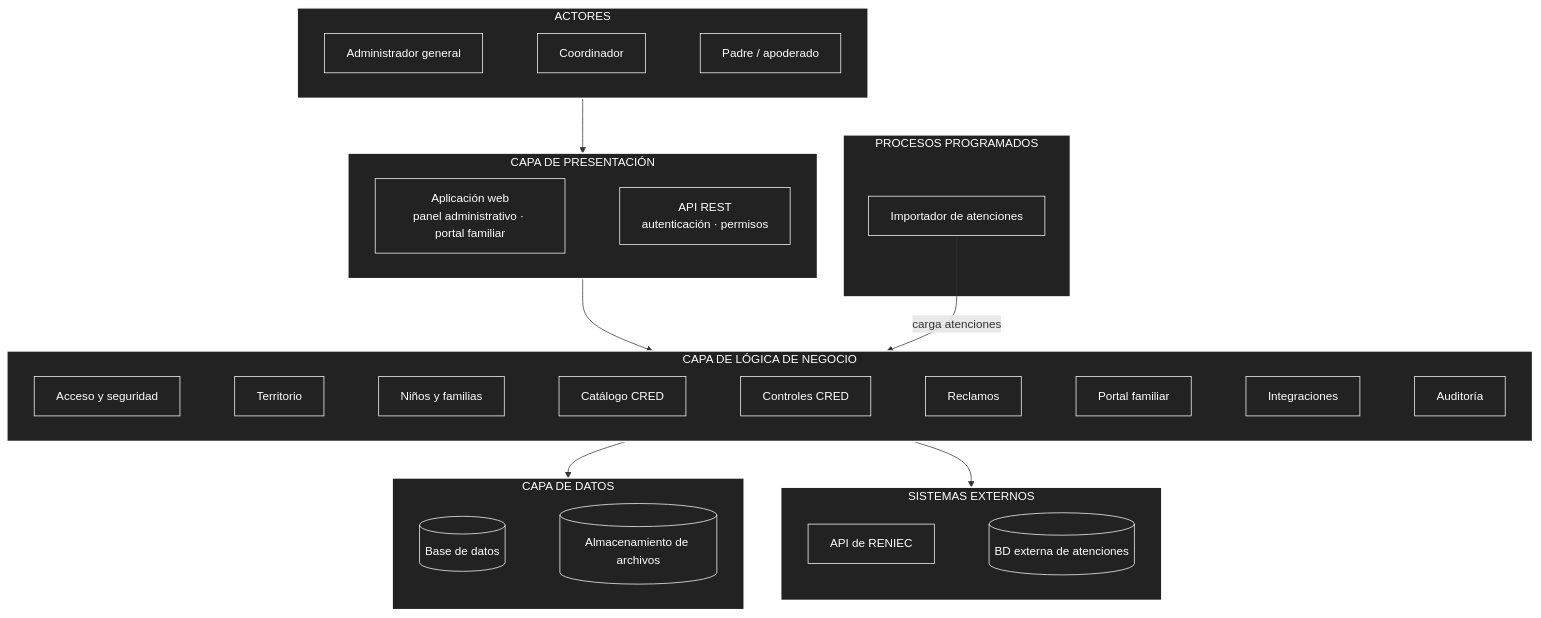
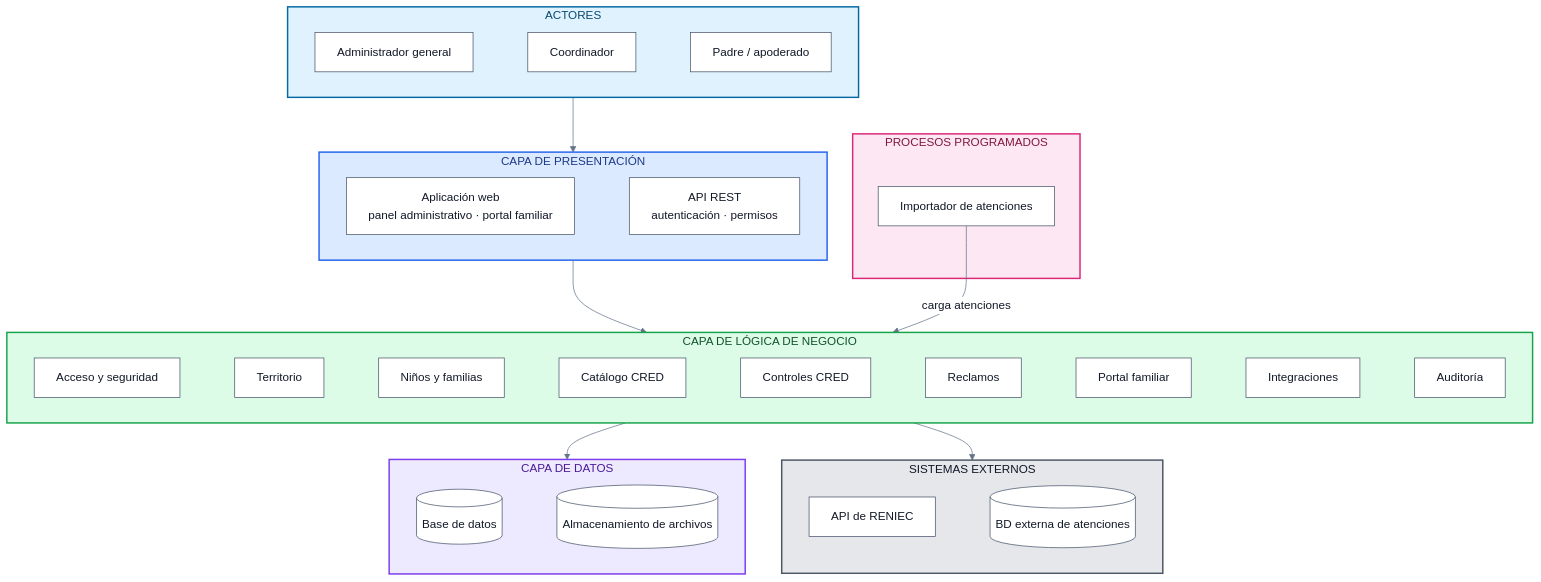
The diagram in docs/02-arquitectura-de-software/01-arquitectura-inicial.md (germanAmiqueroPeralta/SPRINT1), drawn with Mermaid before and after one commit. The commit also changed 4 other files, not shown here.

Commit message:
Mejorar colores de los diagramas para que se lean en modo claro y oscuro

````diff
--- a/docs/02-arquitectura-de-software/01-arquitectura-inicial.md
+++ b/docs/02-arquitectura-de-software/01-arquitectura-inicial.md
@@ -5,4 +5,5 @@
 ```mermaid
+%%{init: {"theme": "base", "themeVariables": {"primaryColor": "#ffffff", "primaryTextColor": "#111827", "primaryBorderColor": "#475569", "lineColor": "#64748b", "textColor": "#111827", "titleColor": "#111827", "edgeLabelBackground": "#ffffff", "clusterBkg": "#f8fafc", "clusterBorder": "#94a3b8"}, "flowchart": {"wrappingWidth": 600}}}%%
 flowchart TD
 
 %% =========================
@@ -100,13 +101,13 @@
 %% =========================
 %% ESTILOS
 %% =========================
-style ACTORES fill:#222,stroke:#fff,stroke-width:2px,color:#fff
-style PRESENTACION fill:#222,stroke:#fff,stroke-width:2px,color:#fff
-style NEGOCIO fill:#222,stroke:#fff,stroke-width:2px,color:#fff
-style PROCESOS fill:#222,stroke:#fff,stroke-width:2px,color:#fff
-style DATOS fill:#222,stroke:#fff,stroke-width:2px,color:#fff
-style EXTERNOS fill:#222,stroke:#fff,stroke-width:2px,color:#fff
+style ACTORES fill:#e0f2fe,stroke:#0369a1,stroke-width:2px,color:#0c4a6e
+style PRESENTACION fill:#dbeafe,stroke:#2563eb,stroke-width:2px,color:#1e3a8a
+style NEGOCIO fill:#dcfce7,stroke:#16a34a,stroke-width:2px,color:#14532d
+style PROCESOS fill:#fce7f3,stroke:#db2777,stroke-width:2px,color:#831843
+style DATOS fill:#ede9fe,stroke:#7c3aed,stroke-width:2px,color:#4c1d95
+style EXTERNOS fill:#e5e7eb,stroke:#4b5563,stroke-width:2px,color:#111827
 
-classDef box fill:#222,stroke:#fff,color:#fff
+classDef box fill:#ffffff,stroke:#475569,color:#111827
 class AG,CO,PA,Web,API,Acceso,Territorio,Ninos,Catalogo,Controles,Reclamos,Portal,Integraciones,Auditoria,Importador,BD,Archivos,RENIEC,BDEXT box
 ```
````
